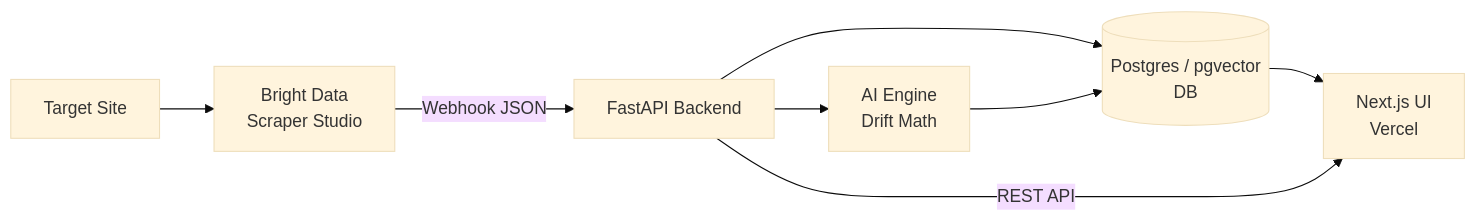
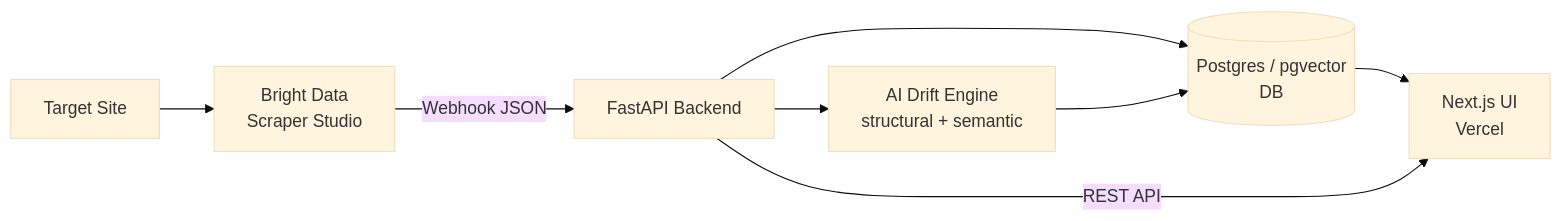
The first of 3 diagrams in diagrams.md (Warisha-Bilal7/biointel-into-the-scrapeverse), drawn with Mermaid (base theme) before and after one commit. The commit also changed other lines of this file and 4 other files, not shown here.

````diff
--- a/diagrams.md
+++ b/diagrams.md
@@ -5,10 +5,10 @@
 ```mermaid
 flowchart LR
     A[Target Site] --> B[Bright Data<br/>Scraper Studio]
     B -->|Webhook JSON| C[FastAPI Backend]
     C --> D[(Postgres / pgvector<br/>DB)]
-    C --> E[AI Engine<br/>Drift Math]
+    C --> E[AI Drift Engine<br/>structural + semantic]
     E --> D
     D --> F[Next.js UI<br/>Vercel]
     C -->|REST API| F
 ```
````
